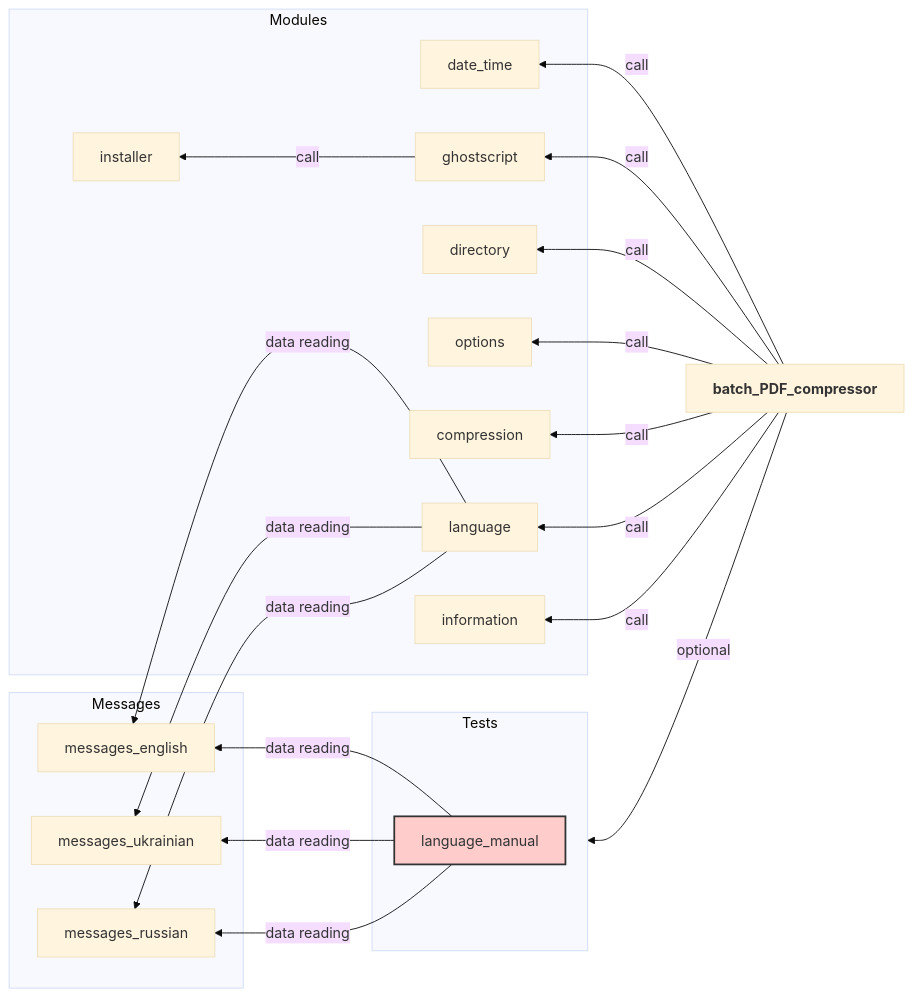
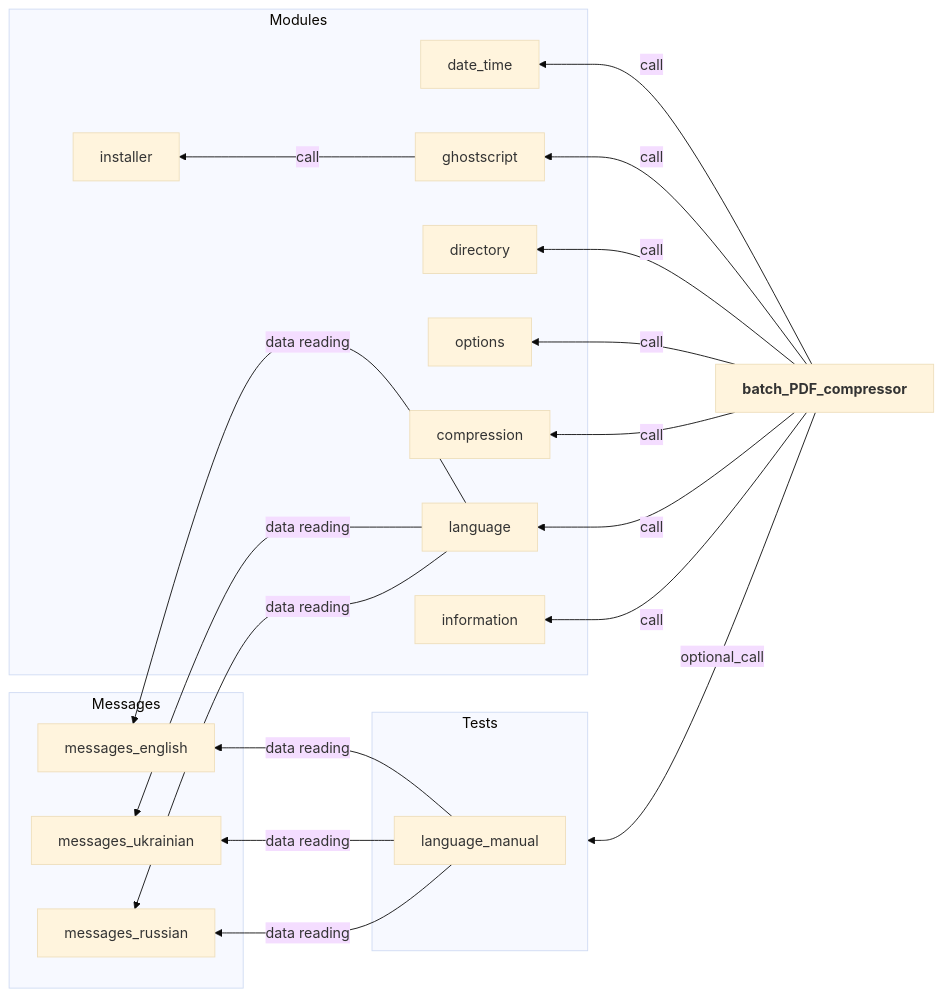
The diagram in README.md (sergeiown/batch_PDF_compressor), drawn with Mermaid (base theme) before and after one commit.

````diff
--- a/README.md
+++ b/README.md
@@ -19,43 +19,42 @@
 ```mermaid
 graph RL;
     style A font-weight:bold;
     A[batch_PDF_compressor] 
 
     A -->|call| B1[date_time]
     A -->|call| B2[ghostscript]
     A -->|call| B3[directory]
     A -->|call| B4[options]
     A -->|call| B5[compression]
     A -->|call| B6[language]
     A -->|call| B7[information]
-    A -->|optional| Tests
+    A -->|optional_call| Tests
 
     subgraph Modules
         B1[date_time]
         B2[ghostscript]
         B3[directory]
         B4[options]
         B5[compression]
         B6[language]
         B7[information]
         B2 -->|call| B8[installer]
     end
 
     subgraph Tests
         C1[language_manual]
-        style C1 fill:#ffcccc,stroke:#333,stroke-width:2px;
     end
 
     subgraph Messages
         D1[messages_english]
         D2[messages_ukrainian]
         D3[messages_russian]
     end
 
     B6 -->|data reading| D1
     B6 -->|data reading| D2
     B6 -->|data reading| D3
     C1 -->|data reading| D1
     C1 -->|data reading| D2
     C1 -->|data reading| D3
 ```
````
